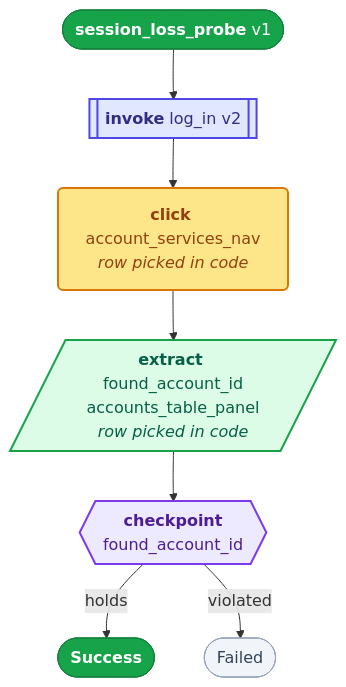
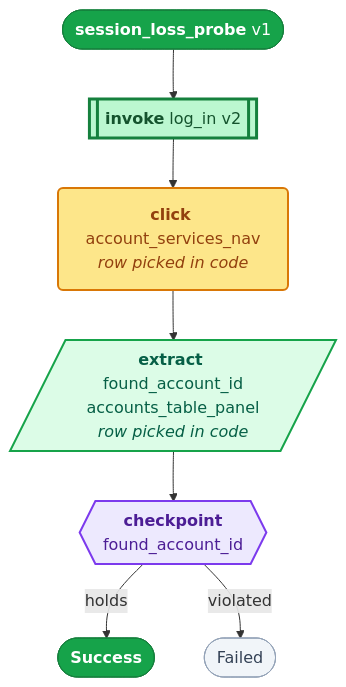
The fifth of 5 diagrams in CAPABILITIES.md (borisdev/ai_computer_use), drawn with Mermaid before and after one commit. The commit also changed other lines of this file and 13 other files, not shown here.

````diff
--- a/CAPABILITIES.md
+++ b/CAPABILITIES.md
@@ -248,22 +224,22 @@
 ```mermaid
 flowchart TD
     start(["<b>session_loss_probe</b> v1"]):::good
     n0[["<b>invoke</b> log_in v2"]]:::invoke
     start --> n0
     n1("<b>click</b> account_services_nav<br/><i>row picked in code</i>"):::act
     n0 --> n1
     n2[/"<b>extract</b> found_account_id<br/>accounts_table_panel<br/><i>row picked in code</i>"/]:::read
     n1 --> n2
     chk0{{"<b>checkpoint</b><br/>found_account_id"}}:::check
     n2 --> chk0
     ok(["<b>Success</b>"]):::good
     chk0 -- holds --> ok
     bad(["Failed"]):::stop
     chk0 -- violated --> bad
-    classDef invoke fill:#e0e7ff,stroke:#4f46e5,stroke-width:2px,color:#312e81;
+    classDef invoke fill:#bbf7d0,stroke:#15803d,stroke-width:3px,color:#14532d;
     classDef act fill:#fde68a,stroke:#d97706,stroke-width:2px,color:#92400e;
     classDef read fill:#dcfce7,stroke:#16a34a,stroke-width:2px,color:#065f46;
     classDef check fill:#ede9fe,stroke:#7c3aed,stroke-width:2px,color:#4c1d95;
     classDef good fill:#16a34a,stroke:#15803d,color:#ffffff;
     classDef stop fill:#f1f5f9,stroke:#94a3b8,color:#334155;
 ```
````
